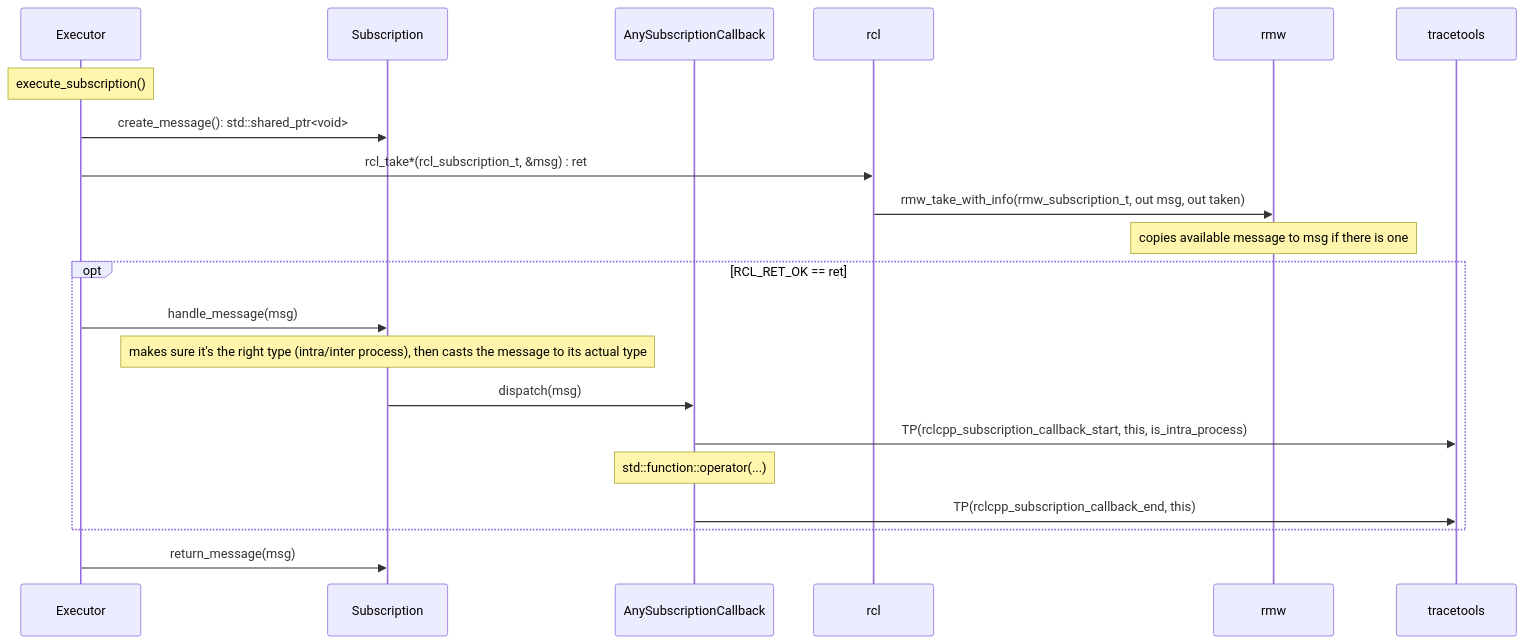
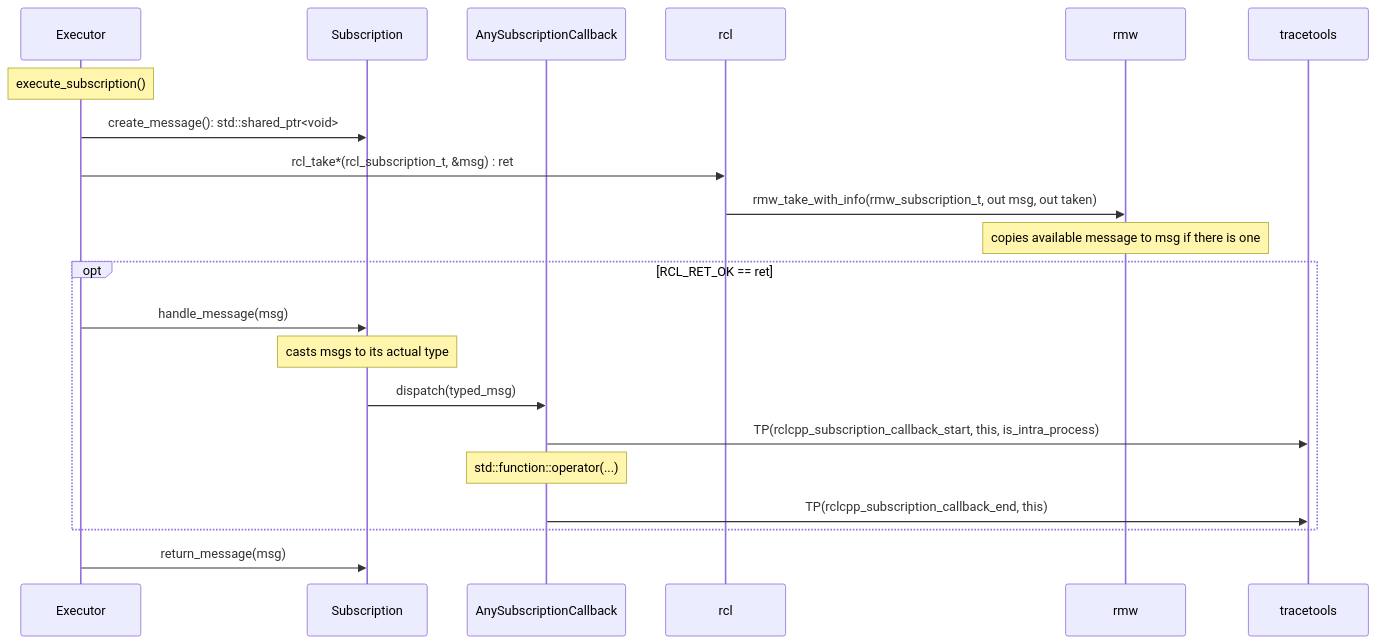
The sixth of 6 diagrams in doc/ros_2.md (ros2/ros2_tracing), drawn with Mermaid before and after one commit.

Commit message:
Change note about message cast

````diff
--- a/doc/ros_2.md
+++ b/doc/ros_2.md
@@ -166,24 +166,24 @@
 ```mermaid
 sequenceDiagram
     participant Executor
     participant Subscription
     participant AnySubscriptionCallback
     participant rcl
     participant rmw
     participant tracetools
 
     Note over Executor: execute_subscription()
     Executor->>Subscription: create_message(): std::shared_ptr<void>
     Executor->>rcl: rcl_take*(rcl_subscription_t, &msg) : ret
     rcl->>rmw: rmw_take_with_info(rmw_subscription_t, out msg, out taken)
     Note over rmw: copies available message to msg if there is one
     opt RCL_RET_OK == ret
         Executor->>Subscription: handle_message(msg)
-        Note over Subscription: makes sure it's the right type (intra/inter process), then casts the message to its actual type
-        Subscription->>AnySubscriptionCallback: dispatch(msg)
+        Note over Subscription: casts msgs to its actual type
+        Subscription->>AnySubscriptionCallback: dispatch(typed_msg)
         AnySubscriptionCallback->>tracetools: TP(rclcpp_subscription_callback_start, this, is_intra_process)
         Note over AnySubscriptionCallback: std::function::operator(...)
         AnySubscriptionCallback->>tracetools: TP(rclcpp_subscription_callback_end, this)
     end
     Executor->>Subscription: return_message(msg)
 ```
````
